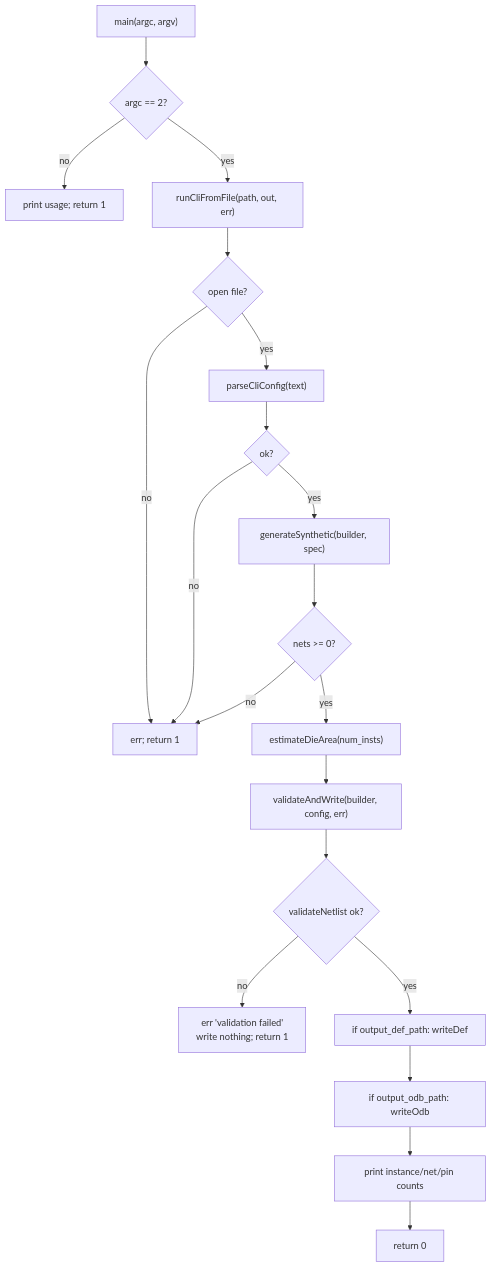
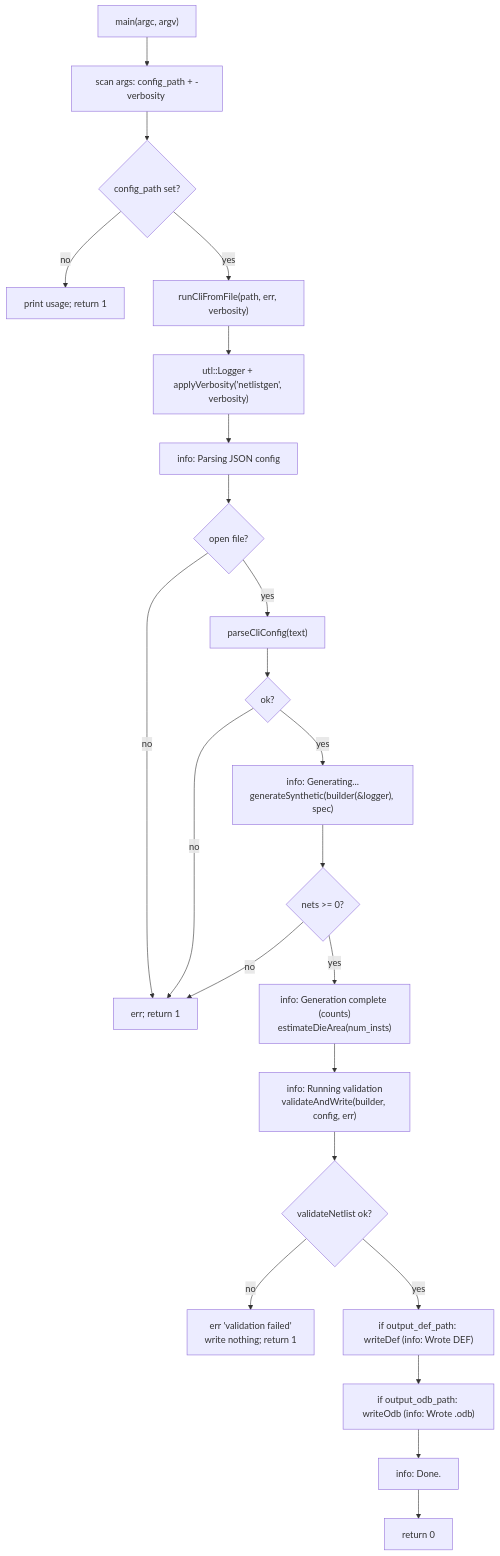
Before and after one commit to rfive88/eda-lab: the tenth of 11 diagrams in src/engines/netlistgen/FLOW.md, drawn with Mermaid. The commit also changed other lines of this file and 18 other files, not shown here.

````diff
--- a/src/engines/netlistgen/FLOW.md
+++ b/src/engines/netlistgen/FLOW.md
@@ -290,23 +294,26 @@
 ```mermaid
 graph TD
-  main["main(argc, argv)"] --> argc{"argc == 2?"}
+  main["main(argc, argv)"] --> scan["scan args: config_path + -verbosity <level>"]
+  scan --> argc{"config_path set?"}
   argc -->|no| usage["print usage; return 1"]
   argc -->|yes| run
 
-  run["runCliFromFile(path, out, err)"] --> rd{"open file?"}
+  run["runCliFromFile(path, err, verbosity)"] --> lg["utl::Logger + applyVerbosity('netlistgen', verbosity)"]
+  lg --> mk1["info: Parsing JSON config"]
+  mk1 --> rd{"open file?"}
   rd -->|no| e1["err; return 1"]
   rd -->|yes| parse["parseCliConfig(text)"]
   parse --> pok{"ok?"}
   pok -->|no| e1
-  pok -->|yes| gen["generateSynthetic(builder, spec)"]
+  pok -->|yes| gen["info: Generating...<br/>generateSynthetic(builder(&logger), spec)"]
   gen --> gok{"nets >= 0?"}
   gok -->|no| e1
-  gok -->|yes| die["estimateDieArea(num_insts)"]
-  die --> vaw["validateAndWrite(builder, config, err)"]
+  gok -->|yes| die["info: Generation complete (counts)<br/>estimateDieArea(num_insts)"]
+  die --> vaw["info: Running validation<br/>validateAndWrite(builder, config, err)"]
   vaw --> valid{"validateNetlist ok?"}
   valid -->|no| e1b["err 'validation failed'<br/>write nothing; return 1"]
-  valid -->|yes| wdef["if output_def_path: writeDef"]
-  wdef --> wodb["if output_odb_path: writeOdb"]
-  wodb --> counts["print instance/net/pin counts"]
+  valid -->|yes| wdef["if output_def_path: writeDef (info: Wrote DEF)"]
+  wdef --> wodb["if output_odb_path: writeOdb (info: Wrote .odb)"]
+  wodb --> counts["info: Done."]
   counts --> ok0["return 0"]
 ```
````
